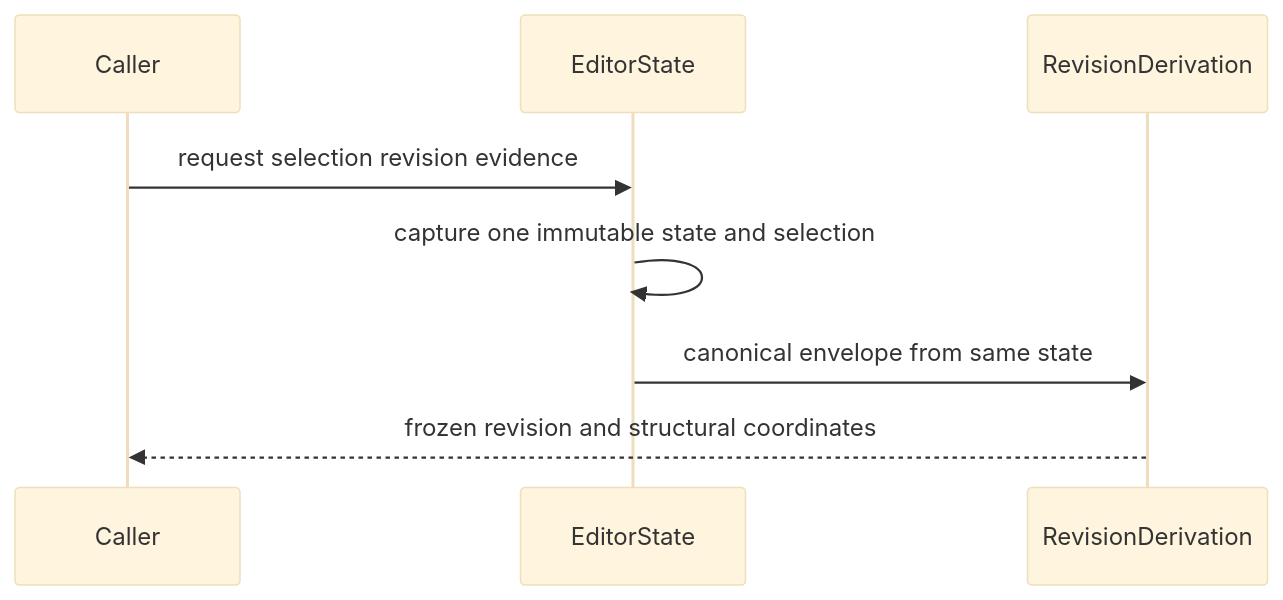
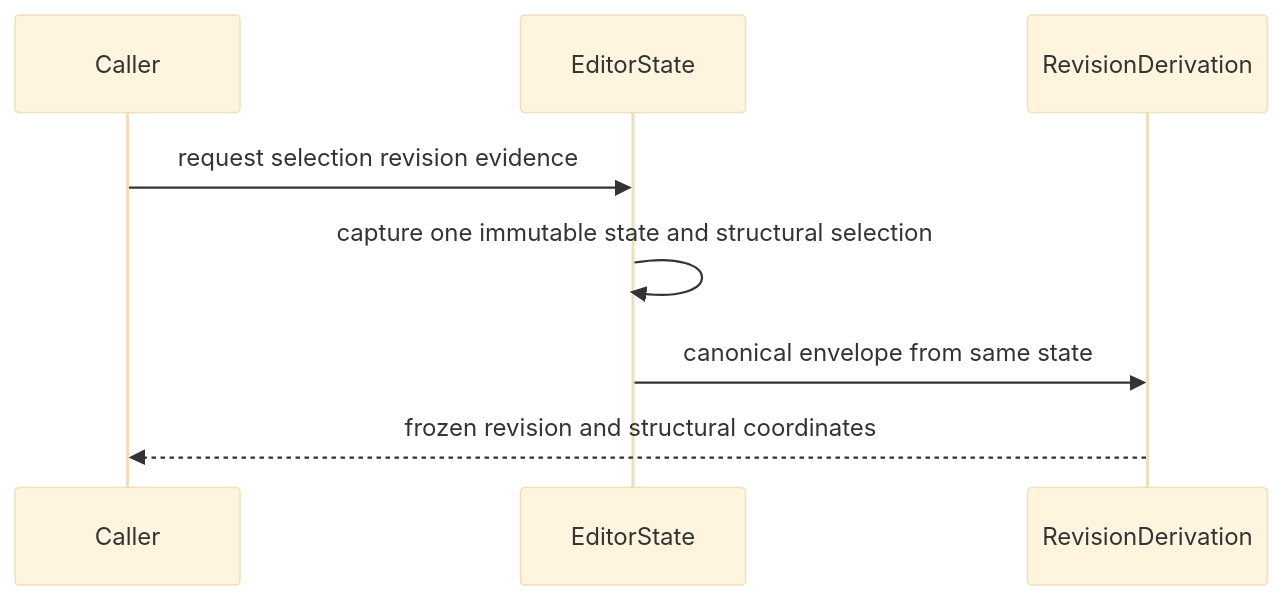
Before and after one commit to ContextualWisdomLab/inkspan: the tenth of 15 diagrams in docs/UML.md, drawn with Mermaid (base theme). The commit also changed other lines of this file, not shown here.

Commit message:
docs(uml): complete Inkspan runtime and deployment diagrams

````diff
--- a/docs/UML.md
+++ b/docs/UML.md
@@ -92,10 +217,10 @@
 ```mermaid
 sequenceDiagram
   participant Caller
   participant EditorState
   participant RevisionDerivation
   Caller->>EditorState: request selection revision evidence
-  EditorState->>EditorState: capture one immutable state and selection
+  EditorState->>EditorState: capture one immutable state and structural selection
   EditorState->>RevisionDerivation: canonical envelope from same state
   RevisionDerivation-->>Caller: frozen revision and structural coordinates
 ```
````
